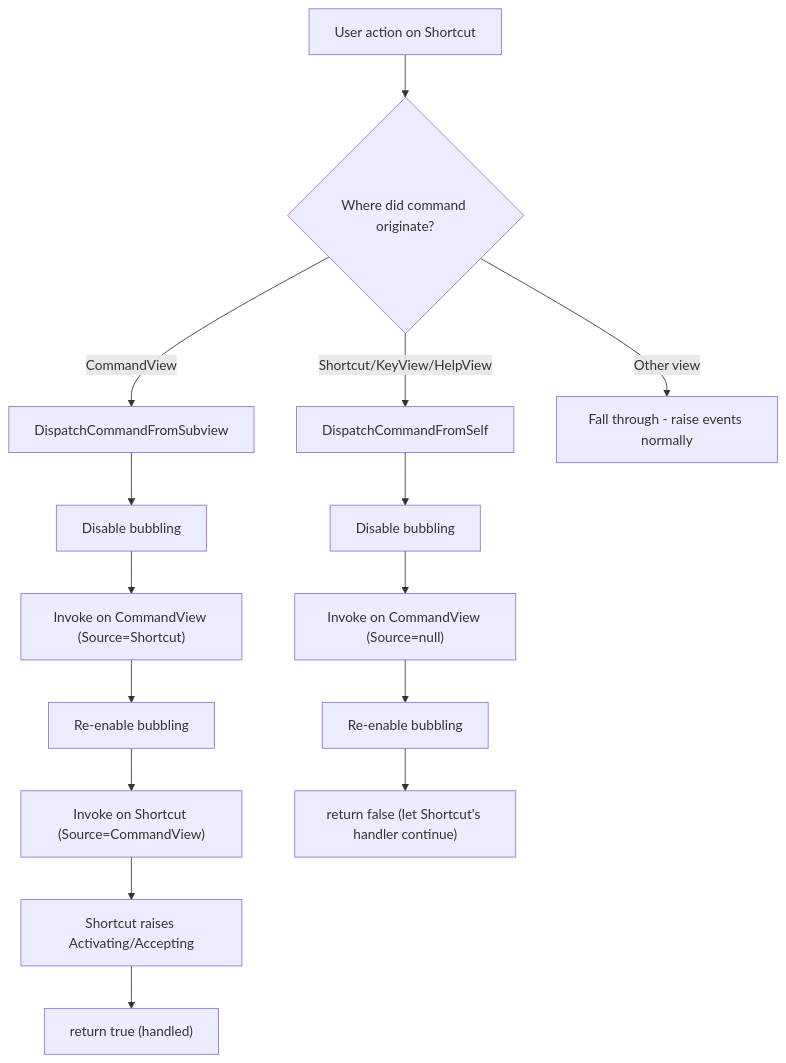
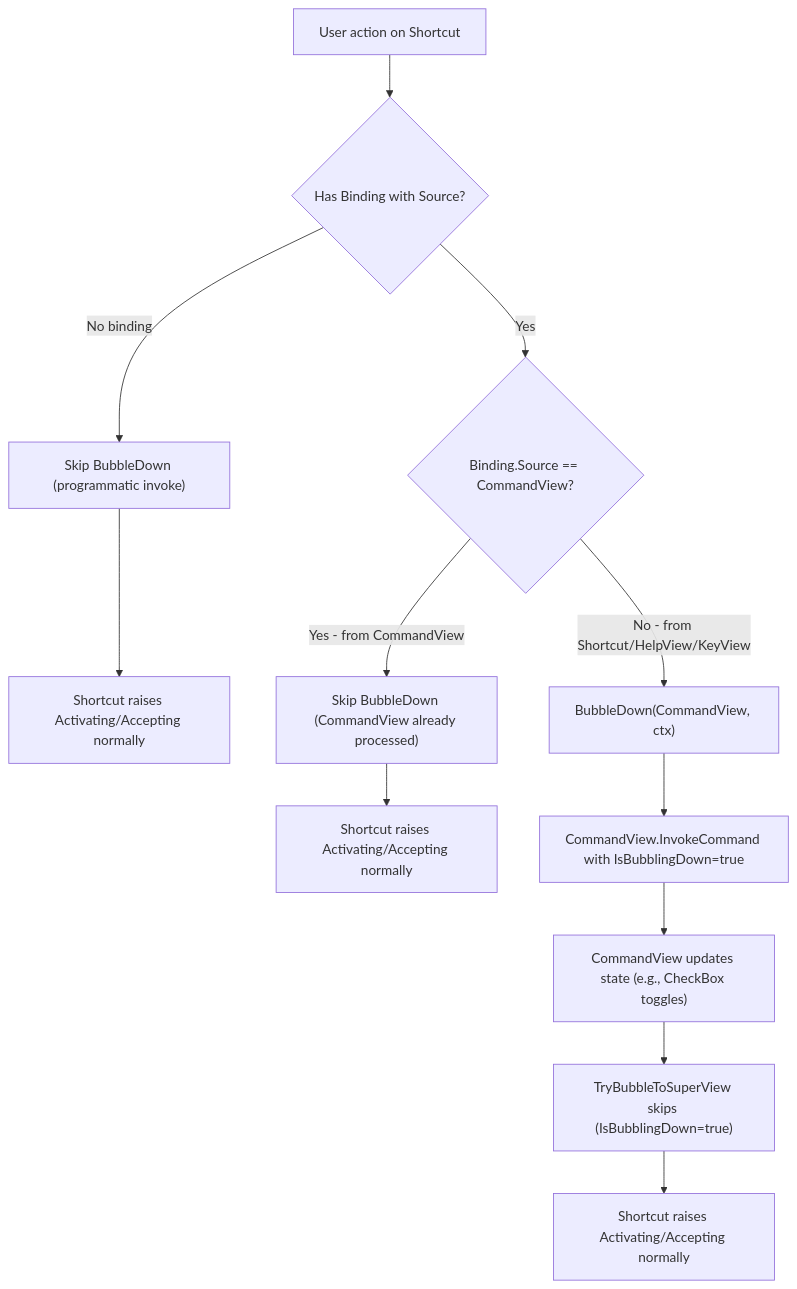
One commit to gui-cs/Terminal.Gui changed the fourth of 4 diagrams in docfx/docs/command.md. Above: the diagram before and after it, drawn with Mermaid. The commit also changed other lines of this file and 5 other files, not shown here.

````diff
--- a/docfx/docs/command.md
+++ b/docfx/docs/command.md
@@ -441,20 +469,18 @@
 ```mermaid
 flowchart TD
-    input["User action on Shortcut"] --> check_from{"Where did command originate?"}
+    input["User action on Shortcut"] --> check_binding{"Has Binding with Source?"}
 
-    check_from --> |CommandView| from_cv["DispatchCommandFromSubview"]
-    from_cv --> disable1["Disable bubbling"]
-    disable1 --> invoke_cv1["Invoke on CommandView (Source=Shortcut)"]
-    invoke_cv1 --> enable1["Re-enable bubbling"]
-    enable1 --> invoke_self["Invoke on Shortcut (Source=CommandView)"]
-    invoke_self --> raise_events["Shortcut raises Activating/Accepting"]
-    raise_events --> done1["return true (handled)"]
+    check_binding --> |No binding| skip["Skip BubbleDown (programmatic invoke)"]
+    skip --> raise_events1["Shortcut raises Activating/Accepting normally"]
 
-    check_from --> |Shortcut/KeyView/HelpView| from_self["DispatchCommandFromSelf"]
-    from_self --> disable2["Disable bubbling"]
-    disable2 --> invoke_cv2["Invoke on CommandView (Source=null)"]
-    invoke_cv2 --> enable2["Re-enable bubbling"]
-    enable2 --> done2["return false (let Shortcut's handler continue)"]
+    check_binding --> |Yes| check_source{"Binding.Source == CommandView?"}
 
-    check_from --> |Other view| passthrough["Fall through - raise events normally"]
+    check_source --> |Yes - from CommandView| skip2["Skip BubbleDown (CommandView already processed)"]
+    skip2 --> raise_events2["Shortcut raises Activating/Accepting normally"]
+
+    check_source --> |No - from Shortcut/HelpView/KeyView| bubble["BubbleDown(CommandView, ctx)"]
+    bubble --> invoke["CommandView.InvokeCommand with IsBubblingDown=true"]
+    invoke --> cv_update["CommandView updates state (e.g., CheckBox toggles)"]
+    cv_update --> no_rebubble["TryBubbleToSuperView skips (IsBubblingDown=true)"]
+    no_rebubble --> raise_events3["Shortcut raises Activating/Accepting normally"]
 ```
````
